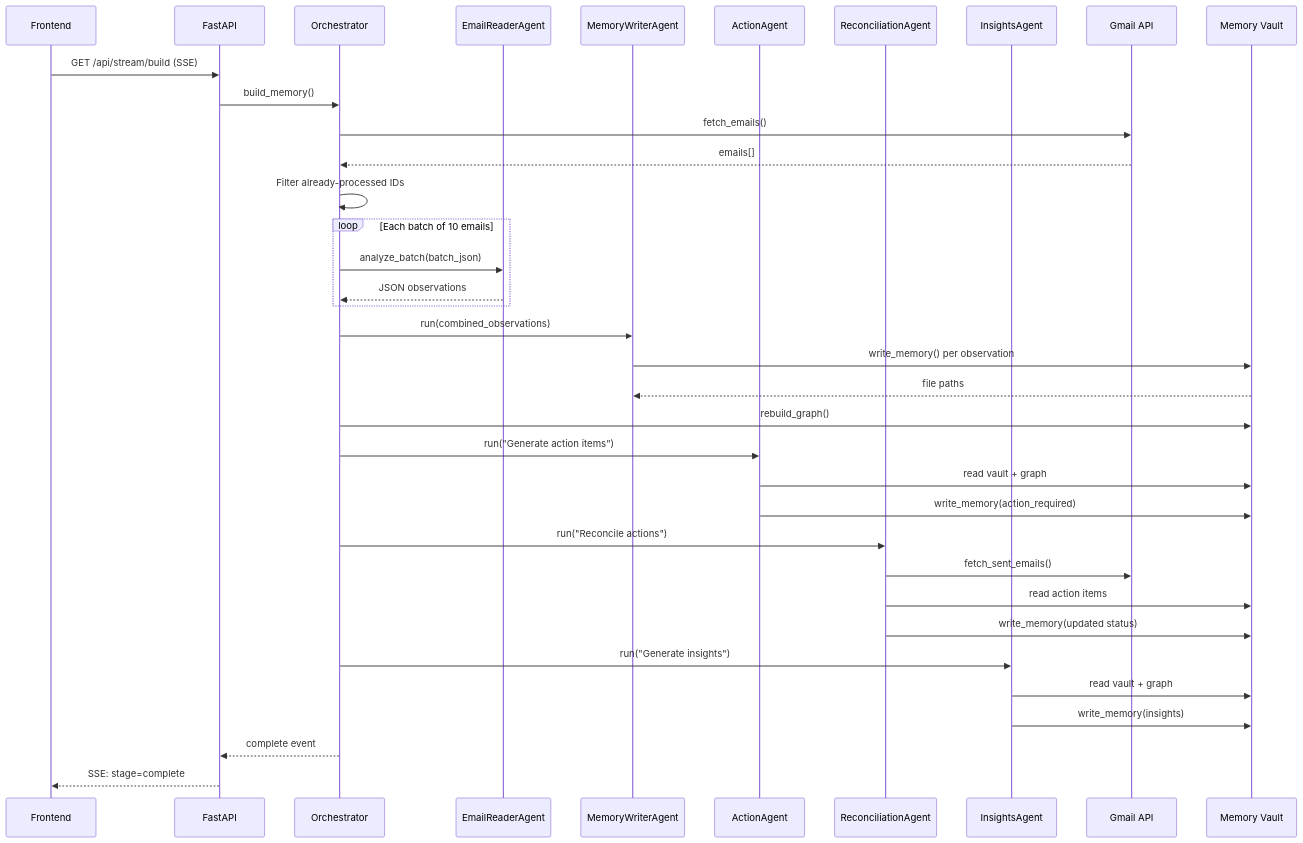
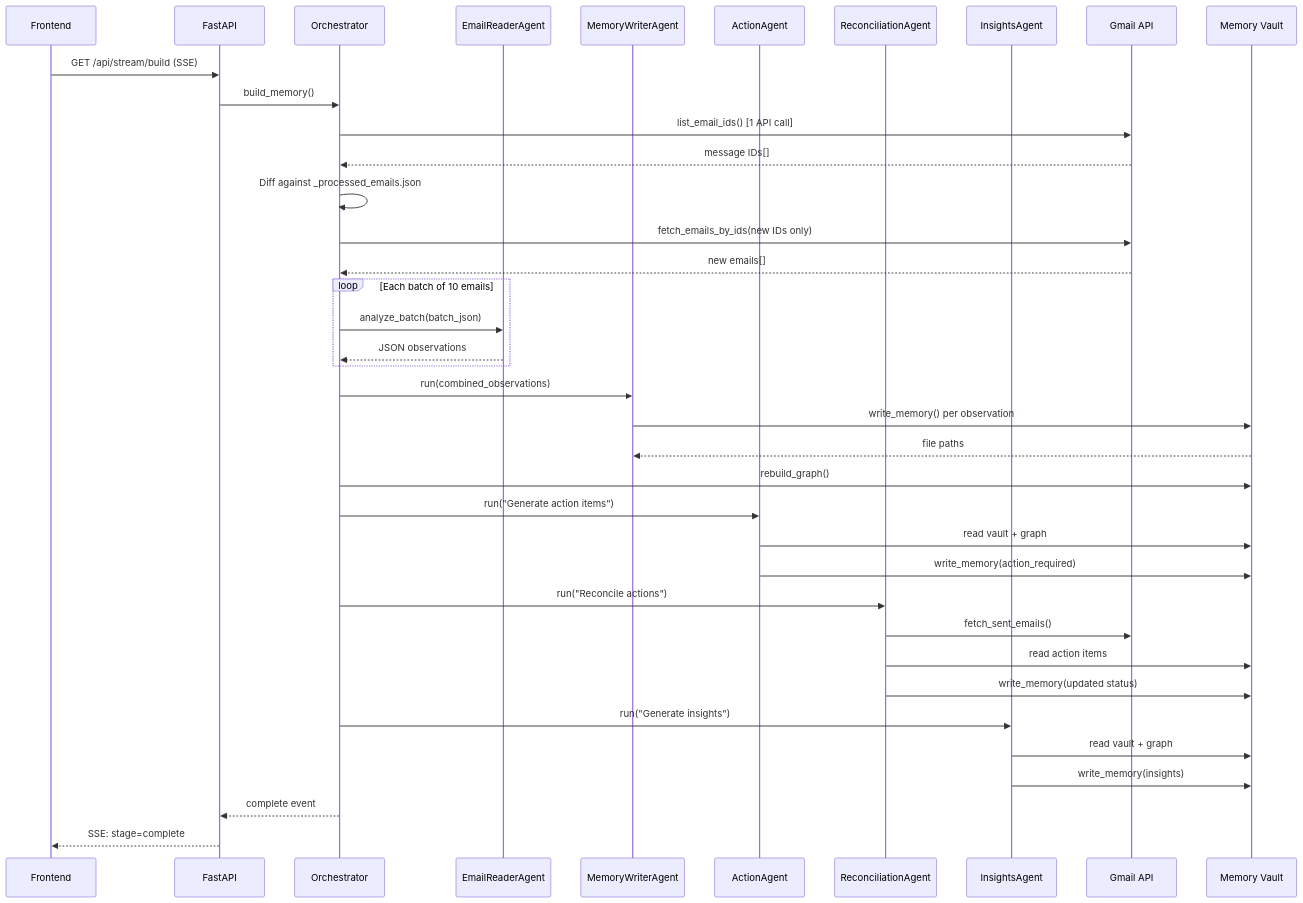
The third of 5 diagrams in docs/agentic-architecture.md (ifeanyi-okafor/email-memory-agent), drawn with Mermaid before and after one commit. The commit also changed 3 other files, not shown here.

First line of the commit message:
feat: add incremental email ingestion with two-phase Gmail fetch

````diff
--- a/docs/agentic-architecture.md
+++ b/docs/agentic-architecture.md
@@ -124,47 +124,49 @@
 ```mermaid
 sequenceDiagram
     participant FE as Frontend
     participant API as FastAPI
     participant OR as Orchestrator
     participant ER as EmailReaderAgent
     participant MW as MemoryWriterAgent
     participant AA as ActionAgent
     participant RA as ReconciliationAgent
     participant IA as InsightsAgent
     participant Gmail as Gmail API
     participant Vault as Memory Vault
 
     FE->>API: GET /api/stream/build (SSE)
     API->>OR: build_memory()
 
-    OR->>Gmail: fetch_emails()
-    Gmail-->>OR: emails[]
-    OR->>OR: Filter already-processed IDs
+    OR->>Gmail: list_email_ids() [1 API call]
+    Gmail-->>OR: message IDs[]
+    OR->>OR: Diff against _processed_emails.json
+    OR->>Gmail: fetch_emails_by_ids(new IDs only)
+    Gmail-->>OR: new emails[]
 
     loop Each batch of 10 emails
         OR->>ER: analyze_batch(batch_json)
         ER-->>OR: JSON observations
     end
 
     OR->>MW: run(combined_observations)
     MW->>Vault: write_memory() per observation
     Vault-->>MW: file paths
 
     OR->>Vault: rebuild_graph()
 
     OR->>AA: run("Generate action items")
     AA->>Vault: read vault + graph
     AA->>Vault: write_memory(action_required)
 
     OR->>RA: run("Reconcile actions")
     RA->>Gmail: fetch_sent_emails()
     RA->>Vault: read action items
     RA->>Vault: write_memory(updated status)
 
     OR->>IA: run("Generate insights")
     IA->>Vault: read vault + graph
     IA->>Vault: write_memory(insights)
 
     OR-->>API: complete event
     API-->>FE: SSE: stage=complete
 ```
````
